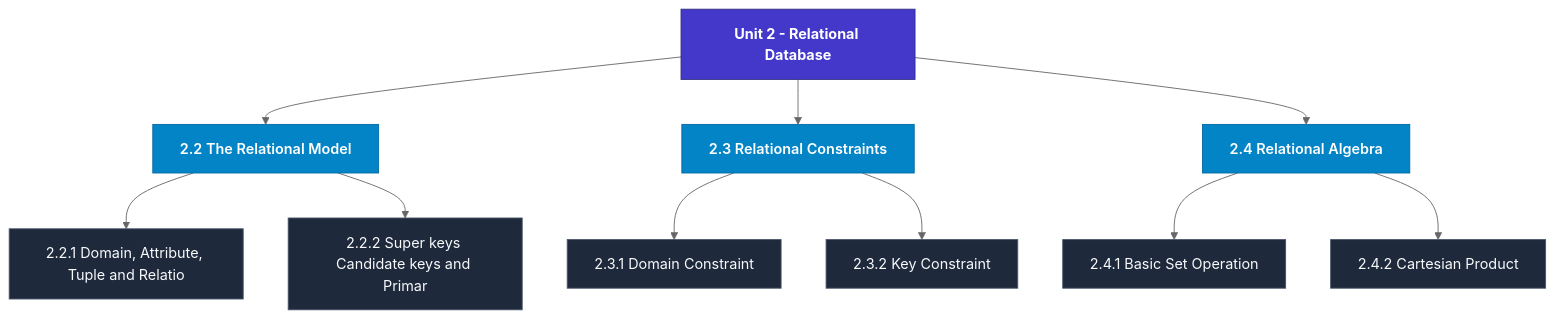
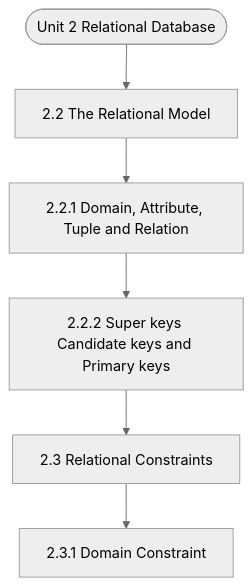
Before and after one commit to Asutosh-Coaching/mscdsa: the diagram in notes/Semester_1/MCS-207_Database_Management_Systems/unit_02_Relational_Database.md, drawn with Mermaid (neutral theme). The commit also changed other lines of this file and 115 other files, not shown here.

Commit message:
Fix Mermaid layout for mobile, isolate LaTeX delimiters, and add GitHub Pages reader

````diff
--- a/notes/Semester_1/MCS-207_Database_Management_Systems/unit_02_Relational_Database.md
+++ b/notes/Semester_1/MCS-207_Database_Management_Systems/unit_02_Relational_Database.md
@@ -19,27 +19,14 @@
 ```mermaid
 flowchart TD
-  %% Styling Definitions
-  classDef head fill:#4338ca,stroke:#312e81,color:#ffffff,font-weight:bold;
-  classDef topic fill:#0284c7,stroke:#0369a1,color:#ffffff,font-weight:600;
-  classDef sub fill:#1e293b,stroke:#475569,color:#f8fafc;
-
-  Root["Unit 2 - Relational Database"]:::head
-  M1["2.2 The Relational Model"]:::topic
-  Root --> M1
-  M1_1["2.2.1 Domain, Attribute, Tuple and Relatio"]:::sub
-  M1 --> M1_1
-  M1_2["2.2.2 Super keys Candidate keys and Primar"]:::sub
-  M1 --> M1_2
-  M2["2.3 Relational Constraints"]:::topic
-  Root --> M2
-  M2_1["2.3.1 Domain Constraint"]:::sub
-  M2 --> M2_1
-  M2_2["2.3.2 Key Constraint"]:::sub
-  M2 --> M2_2
-  M3["2.4 Relational Algebra"]:::topic
-  Root --> M3
-  M3_1["2.4.1 Basic Set Operation"]:::sub
-  M3 --> M3_1
-  M3_2["2.4.2 Cartesian Product"]:::sub
-  M3 --> M3_2
+  Start(["Unit 2 Relational Database"])
+  N1["2.2 The Relational Model"]
+  N2["2.2.1 Domain, Attribute, Tuple and Relation"]
+  N3["2.2.2 Super keys Candidate keys and Primary keys"]
+  N4["2.3 Relational Constraints"]
+  N5["2.3.1 Domain Constraint"]
+  Start --> N1
+  N1 --> N2
+  N2 --> N3
+  N3 --> N4
+  N4 --> N5
 ```
````
